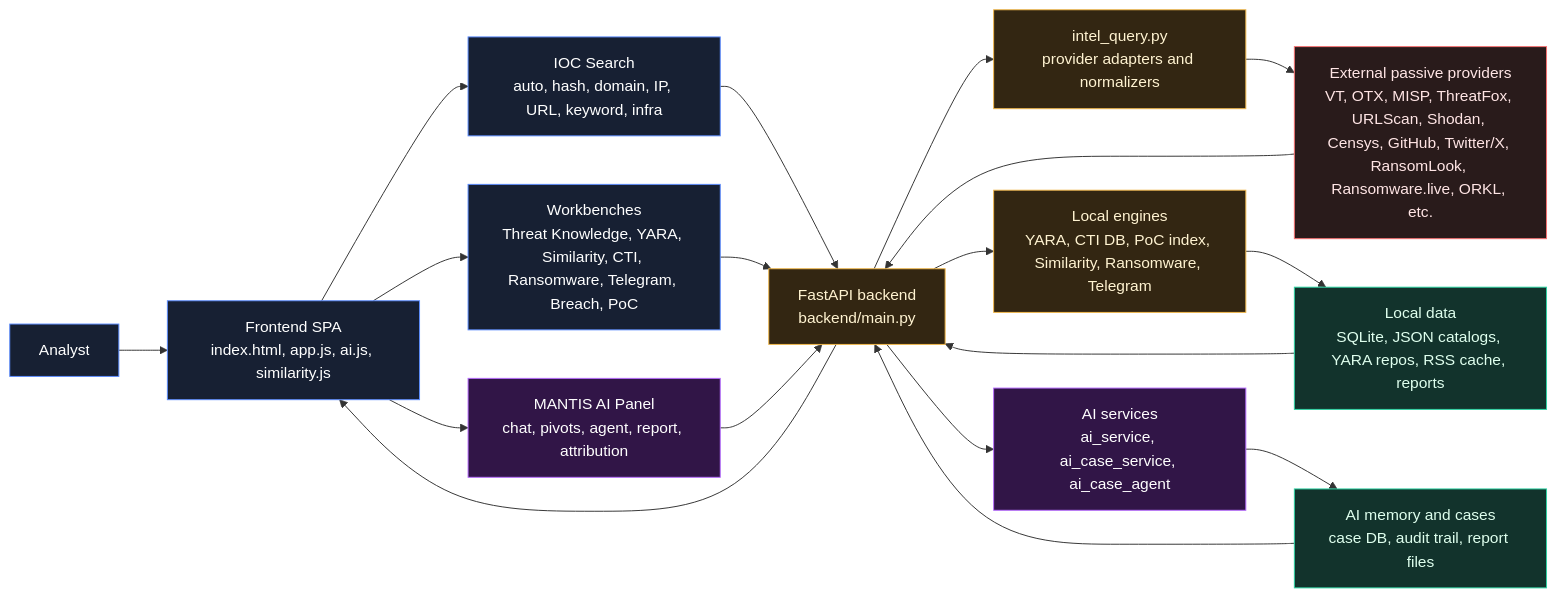
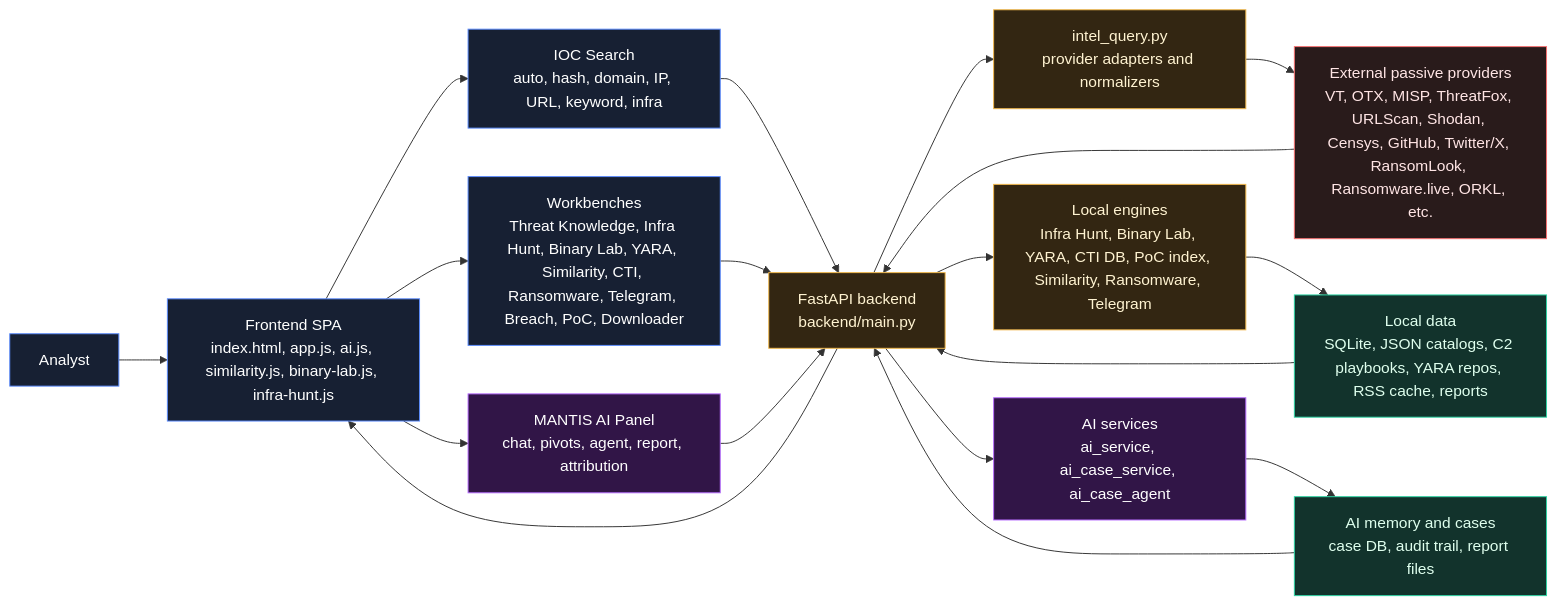
One commit to fareedfauzi/MANTIS changed the first of 3 diagrams in README.md. Above: the diagram before and after it, drawn with Mermaid. The commit also changed other lines of this file and 3 other files, not shown here.

````diff
--- a/README.md
+++ b/README.md
@@ -28,30 +29,30 @@
 ```mermaid
 flowchart LR
     classDef ui fill:#172033,stroke:#5b8cff,color:#ffffff
     classDef api fill:#332612,stroke:#f2b84b,color:#fff3d1
     classDef ai fill:#311547,stroke:#b76cff,color:#ffffff
     classDef data fill:#12332c,stroke:#2bd4a3,color:#dfffee
     classDef ext fill:#291b1b,stroke:#f87171,color:#ffe5e5
 
-    User["Analyst"]:::ui --> UI["Frontend SPA<br/>index.html, app.js, ai.js, similarity.js"]:::ui
+    User["Analyst"]:::ui --> UI["Frontend SPA<br/>index.html, app.js, ai.js, similarity.js, binary-lab.js, infra-hunt.js"]:::ui
     UI --> Search["IOC Search<br/>auto, hash, domain, IP, URL, keyword, infra"]:::ui
-    UI --> Modules["Workbenches<br/>Threat Knowledge, YARA, Similarity, CTI, Ransomware, Telegram, Breach, PoC"]:::ui
+    UI --> Modules["Workbenches<br/>Threat Knowledge, Infra Hunt, Binary Lab, YARA, Similarity, CTI, Ransomware, Telegram, Breach, PoC, Downloader"]:::ui
     UI --> AIPanel["MANTIS AI Panel<br/>chat, pivots, agent, report, attribution"]:::ai
 
     Search --> API["FastAPI backend<br/>backend/main.py"]:::api
     Modules --> API
     AIPanel --> API
 
     API --> Intel["intel_query.py<br/>provider adapters and normalizers"]:::api
-    API --> LocalEngines["Local engines<br/>YARA, CTI DB, PoC index, Similarity, Ransomware, Telegram"]:::api
+    API --> LocalEngines["Local engines<br/>Infra Hunt, Binary Lab, YARA, CTI DB, PoC index, Similarity, Ransomware, Telegram"]:::api
     API --> AIServices["AI services<br/>ai_service, ai_case_service, ai_case_agent"]:::ai
 
     Intel --> Providers["External passive providers<br/>VT, OTX, MISP, ThreatFox, URLScan, Shodan, Censys, GitHub, Twitter/X, RansomLook, Ransomware.live, ORKL, etc."]:::ext
-    LocalEngines --> Stores["Local data<br/>SQLite, JSON catalogs, YARA repos, RSS cache, reports"]:::data
+    LocalEngines --> Stores["Local data<br/>SQLite, JSON catalogs, C2 playbooks, YARA repos, RSS cache, reports"]:::data
     AIServices --> AIStores["AI memory and cases<br/>case DB, audit trail, report files"]:::data
 
     Providers --> API
     Stores --> API
     AIStores --> API
     API --> UI
 ```
````
